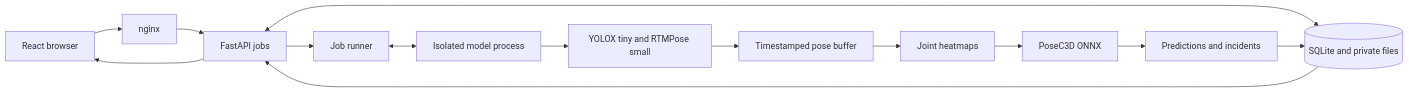
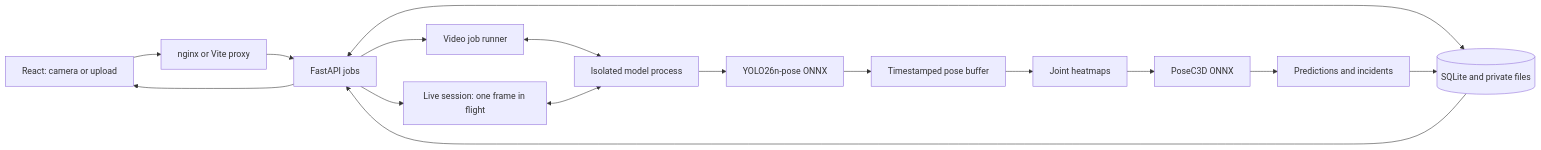
Before and after one commit to vihaanbishnoi/ICare: the diagram in README.md, drawn with Mermaid. The commit also changed other lines of this file and 70 other files, not shown here.

````diff
--- a/README.md
+++ b/README.md
@@ -27,16 +29,18 @@
 ```mermaid
 flowchart LR
-    Browser[React browser] --> Proxy[nginx]
+    Browser[React: camera or upload] --> Proxy[nginx or Vite proxy]
     Proxy --> API[FastAPI jobs]
-    API --> Worker[Job runner]
+    API --> Worker[Video job runner]
+    API --> Live[Live session: one frame in flight]
     API <--> Store[(SQLite and private files)]
     Worker <--> Engine[Isolated model process]
-    Engine --> Pose[YOLOX tiny and RTMPose small]
+    Live <--> Engine
+    Engine --> Pose[YOLO26n-pose ONNX]
     Pose --> Buffer[Timestamped pose buffer]
     Buffer --> Heatmaps[Joint heatmaps]
     Heatmaps --> Model[PoseC3D ONNX]
     Model --> Results[Predictions and incidents]
     Results --> Store
     Store --> API
     API --> Browser
 ```
````
